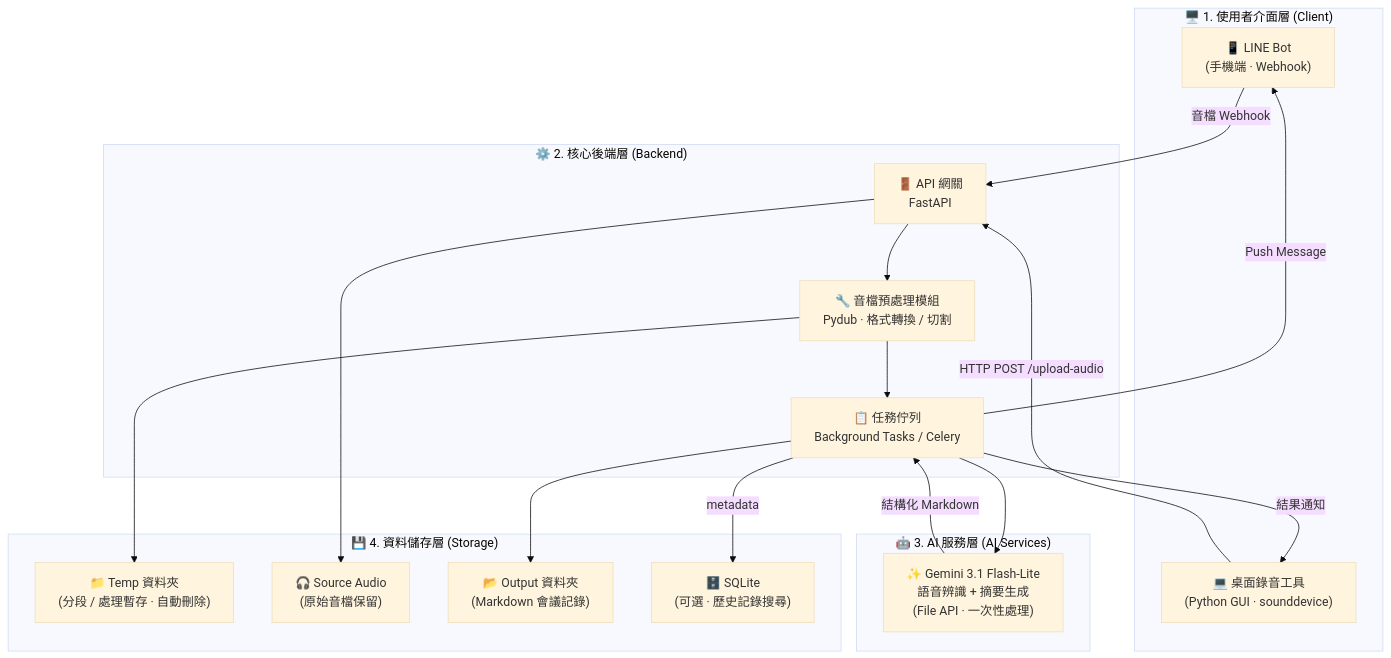
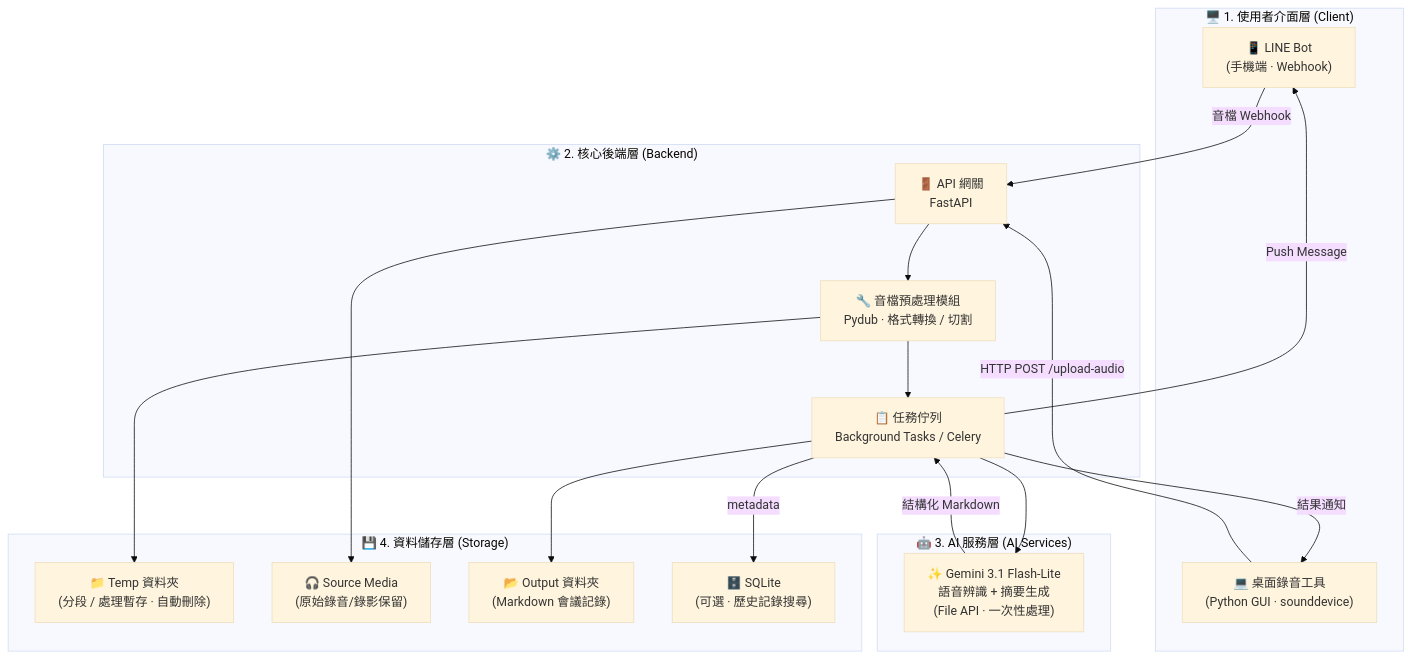
Before and after one commit to balboku/meeting_assistant: the first of 2 diagrams in ARCHITECTURE.md, drawn with Mermaid (base theme). The commit also changed other lines of this file and 4 other files, not shown here.

Commit message:
Improve source media playback controls

````diff
--- a/ARCHITECTURE.md
+++ b/ARCHITECTURE.md
@@ -11,37 +11,37 @@
 ```mermaid
 graph TB
     subgraph CLIENT["🖥️ 1. 使用者介面層 (Client)"]
         LINE["📱 LINE Bot\n(手機端 · Webhook)"]
         GUI["💻 桌面錄音工具\n(Python GUI · sounddevice)"]
     end
 
     subgraph BACKEND["⚙️ 2. 核心後端層 (Backend)"]
         FASTAPI["🚪 API 網關\nFastAPI"]
         PREPROCESS["🔧 音檔預處理模組\nPydub · 格式轉換 / 切割"]
         QUEUE["📋 任務佇列\nBackground Tasks / Celery"]
     end
 
     subgraph AI["🤖 3. AI 服務層 (AI Services)"]
         GEMINI["✨ Gemini 3.1 Flash-Lite\n語音辨識 + 摘要生成\n(File API · 一次性處理)"]
     end
 
     subgraph STORAGE["💾 4. 資料儲存層 (Storage)"]
         TEMP["📁 Temp 資料夾\n(分段 / 處理暫存 · 自動刪除)"]
-        SOURCE["🎧 Source Audio\n(原始音檔保留)"]
+        SOURCE["🎧 Source Media\n(原始錄音/錄影保留)"]
         OUTPUT["📂 Output 資料夾\n(Markdown 會議記錄)"]
         SQLITE["🗄️ SQLite\n(可選 · 歷史記錄搜尋)"]
     end
 
     LINE -- "音檔 Webhook" --> FASTAPI
     GUI -- "HTTP POST /upload-audio" --> FASTAPI
     FASTAPI --> PREPROCESS
     FASTAPI --> SOURCE
     PREPROCESS --> TEMP
     PREPROCESS --> QUEUE
     QUEUE --> GEMINI
     GEMINI -- "結構化 Markdown" --> QUEUE
     QUEUE --> OUTPUT
     QUEUE -- "metadata" --> SQLITE
     QUEUE -- "Push Message" --> LINE
     QUEUE -- "結果通知" --> GUI
 ```
````
